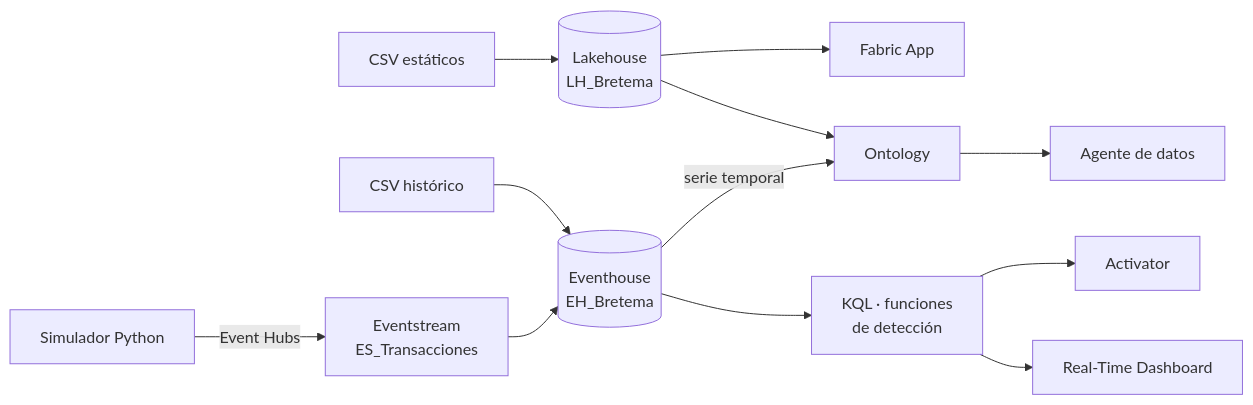
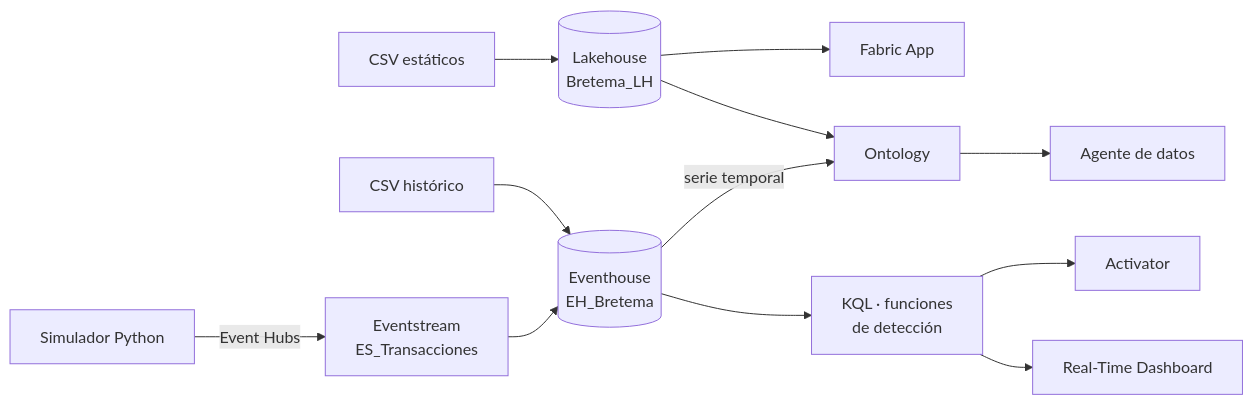
One commit to AbenFdez/Banco_Bretema_Prevencion_Fraude changed the diagram in docs/paso-a-paso/README.md. Above: the diagram before and after it, drawn with Mermaid. The commit also changed other lines of this file and 27 other files, not shown here.

````diff
--- a/docs/paso-a-paso/README.md
+++ b/docs/paso-a-paso/README.md
@@ -16,13 +16,13 @@
 ```mermaid
 flowchart LR
-    CSV1[CSV estáticos] --> LH[(Lakehouse<br/>LH_Bretema)]
+    CSV1[CSV estáticos] --> LH[(Lakehouse<br/>Bretema_LH)]
     CSV2[CSV histórico] --> EH[(Eventhouse<br/>EH_Bretema)]
     SIM[Simulador Python] -->|Event Hubs| ES[Eventstream<br/>ES_Transacciones] --> EH
     EH --> KQL[KQL · funciones<br/>de detección]
     KQL --> RTD[Real-Time Dashboard]
     KQL --> ACT[Activator]
     LH --> ONT[Ontology]
     EH -->|serie temporal| ONT
     ONT --> AG[Agente de datos]
     LH --> APP[Fabric App]
 ```
````
